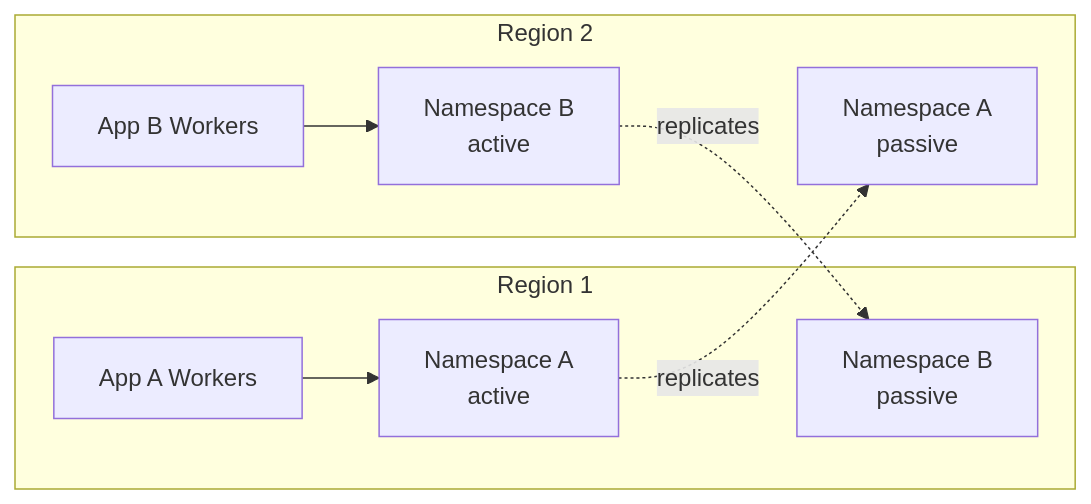
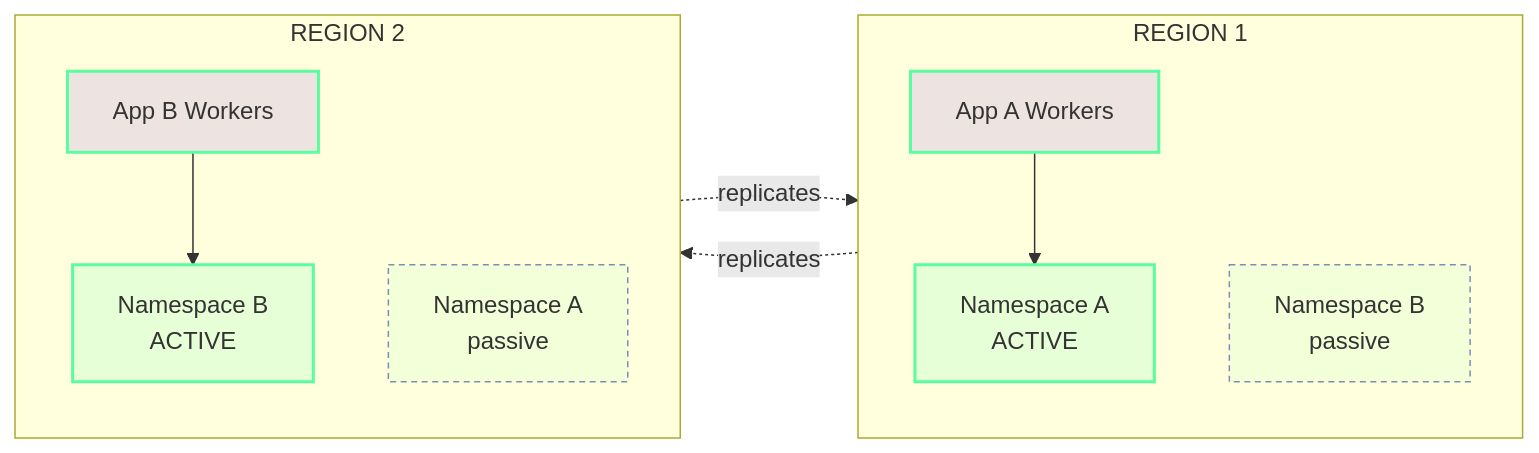
The seventh of 8 diagrams in docs/cloud/high-availability/deployment-models.mdx (temporalio/documentation), drawn with Mermaid before and after one commit. The commit also changed other lines of this file, not shown here.

````diff
--- a/docs/cloud/high-availability/deployment-models.mdx
+++ b/docs/cloud/high-availability/deployment-models.mdx
@@ -167,17 +326,23 @@
 ```mermaid
-graph LR
-  subgraph r1["Region 1"]
-    WA["App A Workers"]
-    A1a["Namespace A<br/>active"]
-    B1p["Namespace B<br/>passive"]
+%%{init: {'themeVariables':{'fontFamily':'"Noto Sans Mono", ui-monospace, monospace'},'flowchart':{'nodeSpacing':45,'rankSpacing':70,'curve':'basis'}}}%%
+flowchart LR
+  classDef tcloud fill:#59FDA024,stroke:#59FDA0,stroke-width:2px;
+  classDef tpassive fill:#59FDA012,stroke:#7C8FB1,stroke-width:1px,stroke-dasharray:4 3;
+  classDef wactive fill:#7C3AED22,stroke:#59FDA0,stroke-width:2px;
+  subgraph R1["REGION 1"]
+    direction TB
+    WA["App A Workers"]:::wactive
+    NAa["Namespace A<br/>ACTIVE"]:::tcloud
+    NBp["Namespace B<br/>passive"]:::tpassive
   end
-  subgraph r2["Region 2"]
-    WB["App B Workers"]
-    B2a["Namespace B<br/>active"]
-    A2p["Namespace A<br/>passive"]
+  subgraph R2["REGION 2"]
+    direction TB
+    WB["App B Workers"]:::wactive
+    NBa["Namespace B<br/>ACTIVE"]:::tcloud
+    NAp["Namespace A<br/>passive"]:::tpassive
   end
-  WA --> A1a
-  WB --> B2a
-  A1a -. replicates .-> A2p
-  B2a -. replicates .-> B1p
+  WA --> NAa
+  WB --> NBa
+  NAa -. replicates .-> NAp
+  NBa -. replicates .-> NBp
 ```
````
